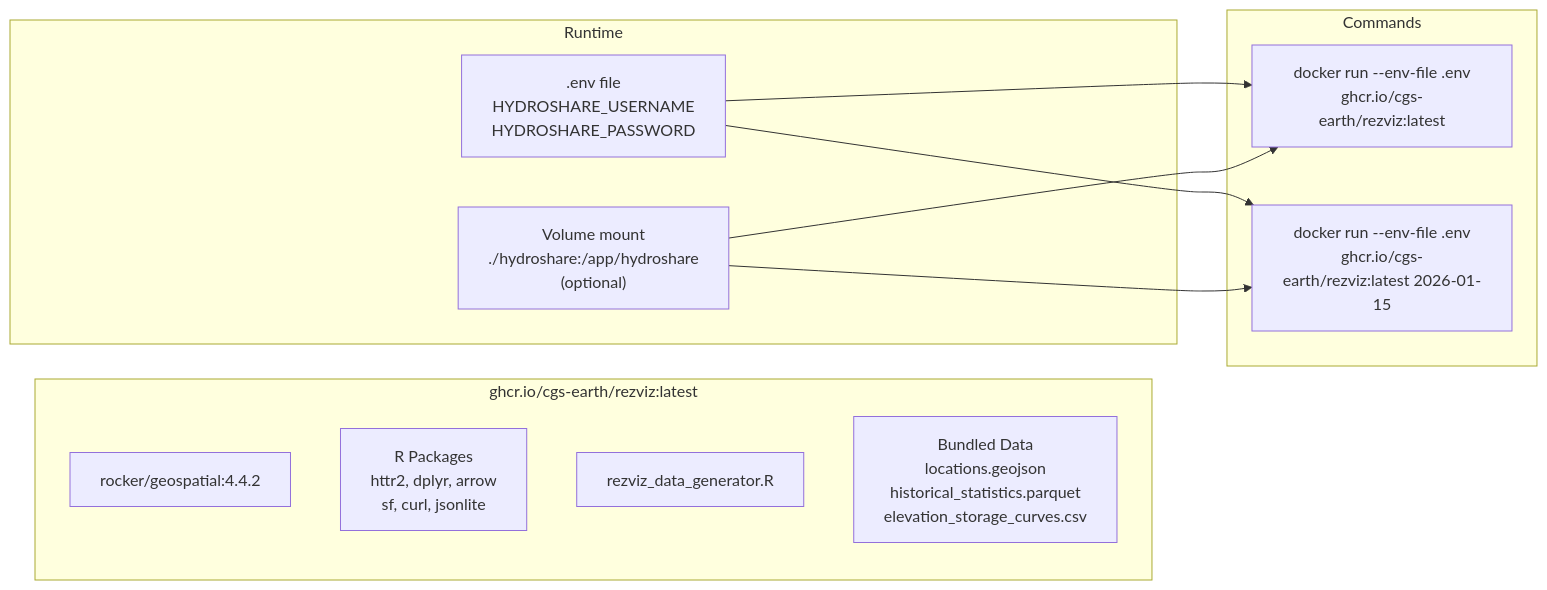
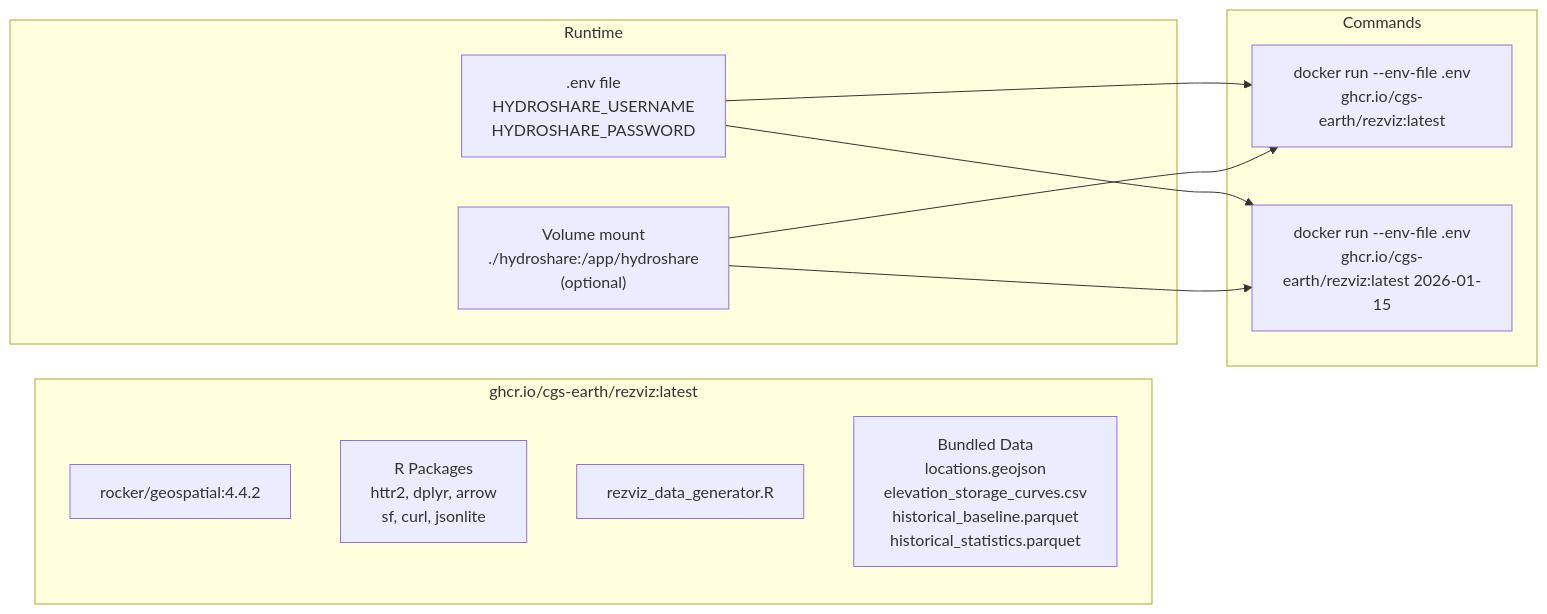
The second of 6 diagrams in R-workflow/architecture-diagram.md (cgs-earth/teacup-generator), drawn with Mermaid before and after one commit. The commit also changed other lines of this file and 4 other files, not shown here.

````diff
--- a/R-workflow/architecture-diagram.md
+++ b/R-workflow/architecture-diagram.md
@@ -74,24 +74,24 @@
 ```mermaid
 flowchart LR
     subgraph image["ghcr.io/cgs-earth/rezviz:latest"]
         BASE["rocker/geospatial:4.4.2"]
         PKGS["R Packages<br/>httr2, dplyr, arrow<br/>sf, curl, jsonlite"]
         SCRIPT["rezviz_data_generator.R"]
-        BUNDLED["Bundled Data<br/>locations.geojson<br/>historical_statistics.parquet<br/>elevation_storage_curves.csv"]
+        BUNDLED["Bundled Data<br/>locations.geojson<br/>elevation_storage_curves.csv<br/>historical_baseline.parquet<br/>historical_statistics.parquet"]
     end
 
     subgraph runtime["Runtime"]
         ENV[".env file<br/>HYDROSHARE_USERNAME<br/>HYDROSHARE_PASSWORD"]
         VOLUME["Volume mount<br/>./hydroshare:/app/hydroshare<br/>(optional)"]
     end
 
     subgraph cmd["Commands"]
         RUN1["docker run --env-file .env<br/>ghcr.io/cgs-earth/rezviz:latest"]
         RUN2["docker run --env-file .env<br/>ghcr.io/cgs-earth/rezviz:latest 2026-01-15"]
     end
 
     ENV --> RUN1
     ENV --> RUN2
     VOLUME --> RUN1
     VOLUME --> RUN2
 ```
````
